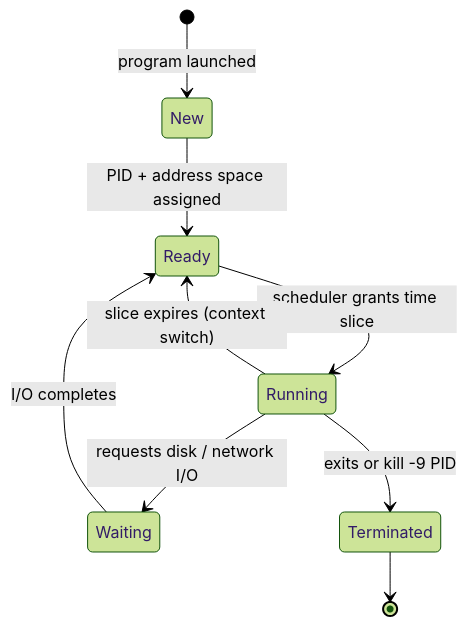
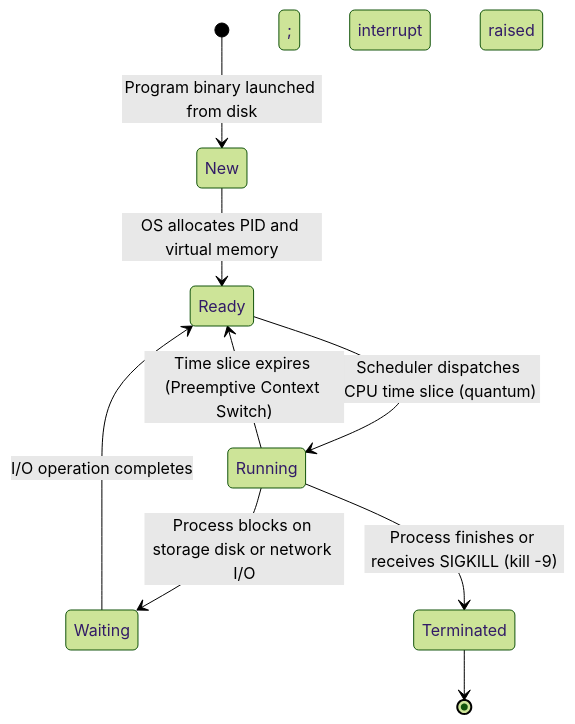
One commit to 1345AbhishekKumar/cs-cookbook changed the second of 4 diagrams in content/docs/computer-basics/it-support/14-process-memory-management.mdx. Above: the diagram before and after it, drawn with Mermaid (forest theme). The commit also changed other lines of this file and 299 other files, not shown here.

````diff
--- a/content/docs/computer-basics/it-support/14-process-memory-management.mdx
+++ b/content/docs/computer-basics/it-support/14-process-memory-management.mdx
@@ -92,11 +85,11 @@
 ```mermaid
 stateDiagram-v2
-    [*] --> New: program launched
-    New --> Ready: PID + address space assigned
-    Ready --> Running: scheduler grants time slice
-    Running --> Ready: slice expires (context switch)
-    Running --> Waiting: requests disk / network I/O
-    Waiting --> Ready: I/O completes
-    Running --> Terminated: exits or kill -9 PID
+    [*] --> New: Program binary launched from disk
+    New --> Ready: OS allocates PID and virtual memory
+    Ready --> Running: Scheduler dispatches CPU time slice (quantum)
+    Running --> Ready: Time slice expires (Preemptive Context Switch)
+    Running --> Waiting: Process blocks on storage disk or network I/O
+    Waiting --> Ready: I/O operation completes; interrupt raised
+    Running --> Terminated: Process finishes or receives SIGKILL (kill -9)
     Terminated --> [*]
 ```
````
